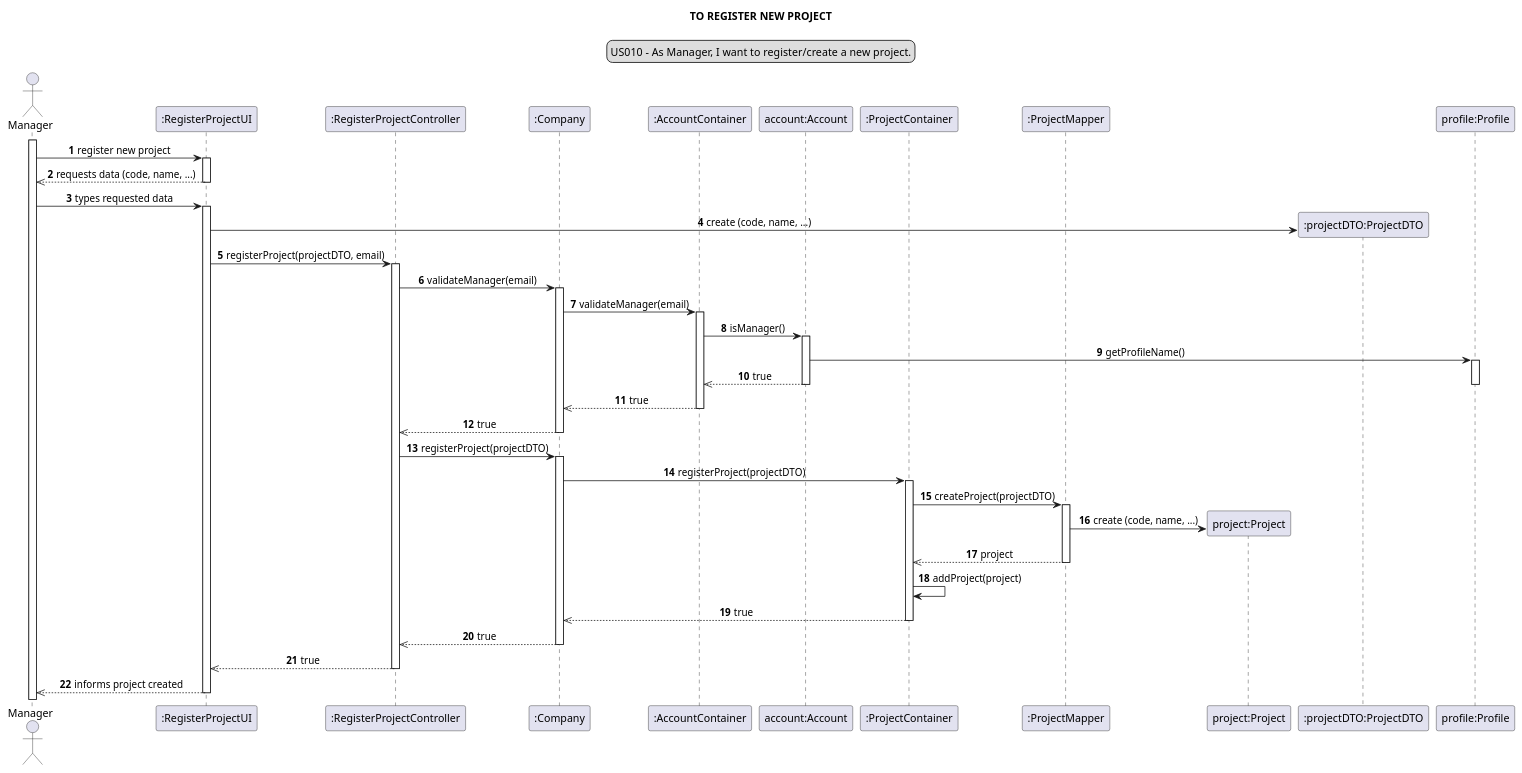
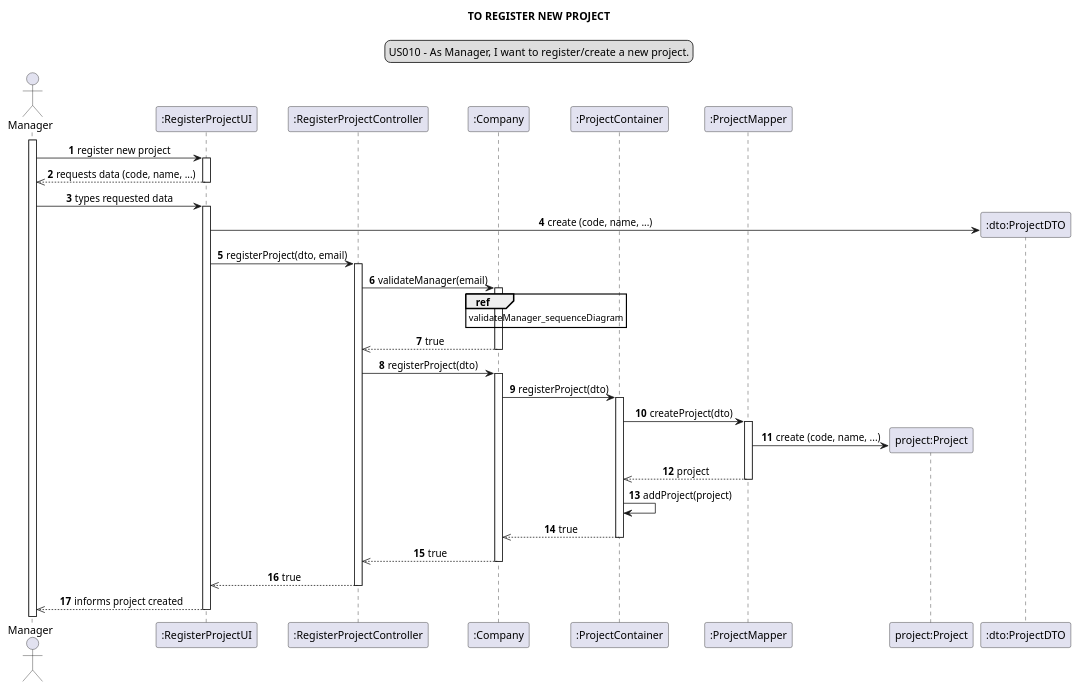
One commit to Loracline/project_switch_22-23 changed the diagram in docs/modelling_design/user_stories/sprint02/us010/US010_sequenceDiagram.puml. Above: the diagram before and after it, drawn with PlantUML. The commit also changed 4 other files, not shown here.

Commit message:
US 010 : Design : Refinement of sequence and class diagram

```diff
--- a/docs/modelling_design/user_stories/sprint02/us010/US010_sequenceDiagram.puml
+++ b/docs/modelling_design/user_stories/sprint02/us010/US010_sequenceDiagram.puml
@@ -1,70 +1,56 @@
 @startuml
 
 skinparam sequenceMessageAlign center
 title TO REGISTER NEW PROJECT
 legend top
 US010 - As Manager, I want to register/create a new project.
 end legend
 autonumber
 
 actor Manager as mg
 participant ":RegisterProjectUI" as ui
 participant ":RegisterProjectController" as controller
 participant ":Company" as comp
-participant ":AccountContainer" as ac
-participant "account:Account" as a
 participant ":ProjectContainer" as PC
 participant ":ProjectMapper" as mapper
 participant "project:Project" as project
-participant ":projectDTO:ProjectDTO" as dto
-participant "profile:Profile" as pf
+participant ":dto:ProjectDTO" as dto
 
 activate mg
 mg ->ui : register new project
 activate ui
 ui -->> mg: requests data (code, name, ...)
 deactivate ui
 mg -> ui: types requested data
 activate ui
 create dto
 ui -> dto: create (code, name, ...)
-ui -> controller: registerProject(projectDTO, email)
+ui -> controller: registerProject(dto, email)
 activate controller
 
-
 controller -> comp: validateManager(email)
+ref over comp: validateManager_sequenceDiagram
 activate comp
-comp -> ac: validateManager(email)
-activate ac
-ac -> a: isManager()
-activate a
-a -> pf : getProfileName()
-activate pf
-a -->> ac: true
-deactivate pf
-deactivate a
-ac -->> comp: true
-deactivate ac
 comp -->> controller: true
 deactivate comp
-controller -> comp: registerProject(projectDTO)
+controller -> comp: registerProject(dto)
 activate comp
-comp -> PC : registerProject(projectDTO)
+comp -> PC : registerProject(dto)
 activate PC
-PC -> mapper: createProject(projectDTO)
+PC -> mapper: createProject(dto)
 activate mapper
 create project
 mapper -> project : create (code, name, ...)
 mapper -->> PC: project
 deactivate mapper
 PC -> PC : addProject(project)
 PC -->> comp : true
 deactivate PC
 comp -->>controller: true
 deactivate comp
 controller -->> ui : true
 deactivate controller
 ui -->> mg :  informs project created
 deactivate ui
 
 @enduml
```
